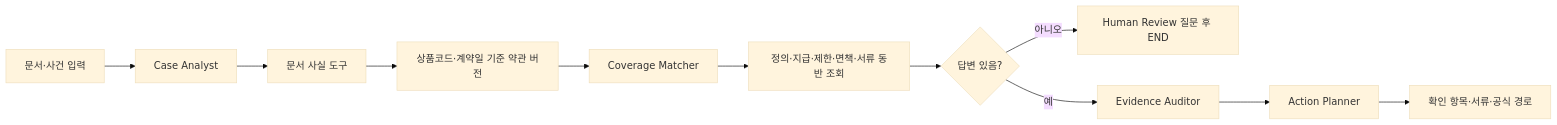
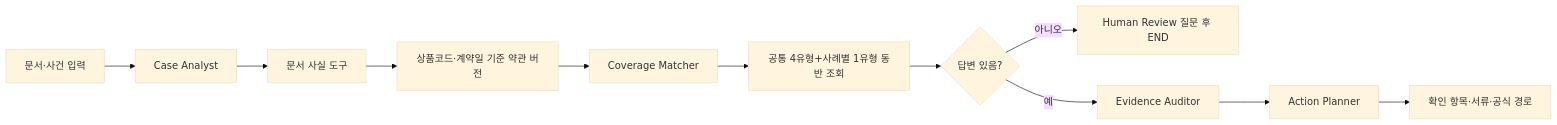
The diagram in docs/contest-readiness-report.md (turtlehwan/2026-finance-ai-challenge), drawn with Mermaid (base theme) before and after one commit. The commit also changed other lines of this file and 15 other files, not shown here.

````diff
--- a/docs/contest-readiness-report.md
+++ b/docs/contest-readiness-report.md
@@ -36,13 +36,13 @@
 ```mermaid
 flowchart LR
   A[문서·사건 입력] --> B[Case Analyst]
   B --> C[문서 사실 도구]
   C --> D[상품코드·계약일 기준 약관 버전]
   D --> E[Coverage Matcher]
-  E --> F[정의·지급·제한·면책·서류 동반 조회]
+  E --> F[공통 4유형+사례별 1유형 동반 조회]
   F --> G{답변 있음?}
   G -- 아니오 --> H[Human Review 질문 후 END]
   G -- 예 --> I[Evidence Auditor]
   I --> J[Action Planner]
   J --> K[확인 항목·서류·공식 경로]
 ```
````
